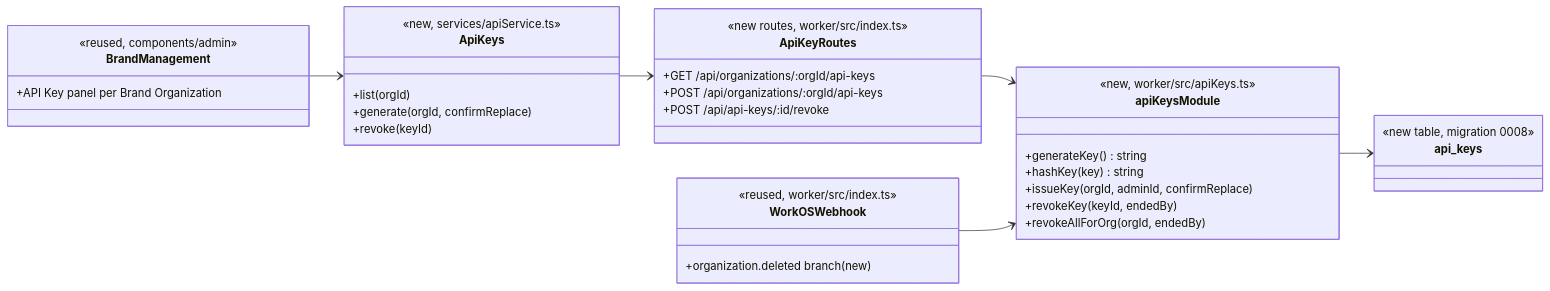
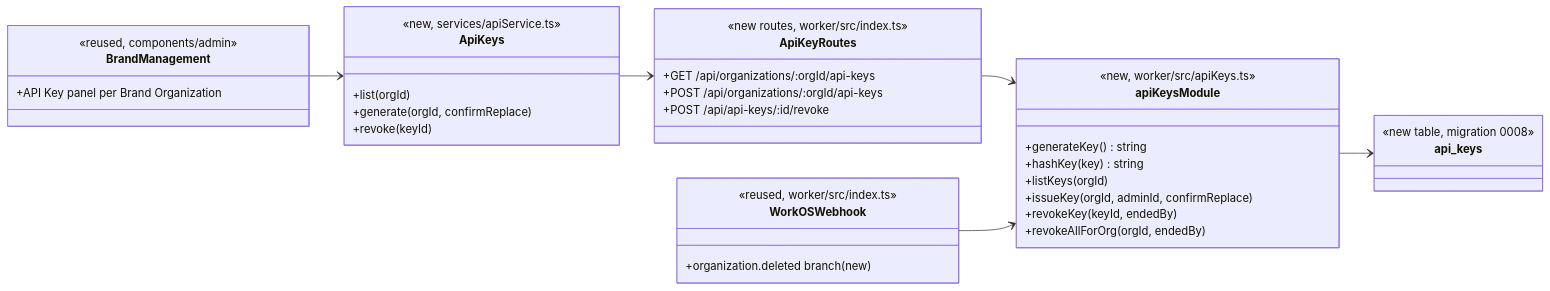
The first of 3 diagrams in docs/design/brnd.md (gkuchar/cosc-40943-team-11-market-match), drawn with Mermaid before and after one commit. The commit also changed other lines of this file and 5 other files, not shown here.

````diff
--- a/docs/design/brnd.md
+++ b/docs/design/brnd.md
@@ -46,40 +47,41 @@
 ```mermaid
 classDiagram
     direction LR
     class BrandManagement {
         <<reused, components/admin>>
         +API Key panel per Brand Organization
     }
     class ApiKeys {
         <<new, services/apiService.ts>>
         +list(orgId)
         +generate(orgId, confirmReplace)
         +revoke(keyId)
     }
     class ApiKeyRoutes {
         <<new routes, worker/src/index.ts>>
         +GET /api/organizations/:orgId/api-keys
         +POST /api/organizations/:orgId/api-keys
         +POST /api/api-keys/:id/revoke
     }
     class WorkOSWebhook {
         <<reused, worker/src/index.ts>>
         +organization.deleted branch (new)
     }
     class apiKeysModule {
         <<new, worker/src/apiKeys.ts>>
         +generateKey() string
         +hashKey(key) string
+        +listKeys(orgId)
         +issueKey(orgId, adminId, confirmReplace)
         +revokeKey(keyId, endedBy)
         +revokeAllForOrg(orgId, endedBy)
     }
     class api_keys {
         <<new table, migration 0008>>
     }
     BrandManagement --> ApiKeys
     ApiKeys --> ApiKeyRoutes
     ApiKeyRoutes --> apiKeysModule
     WorkOSWebhook --> apiKeysModule
     apiKeysModule --> api_keys
 ```
````
